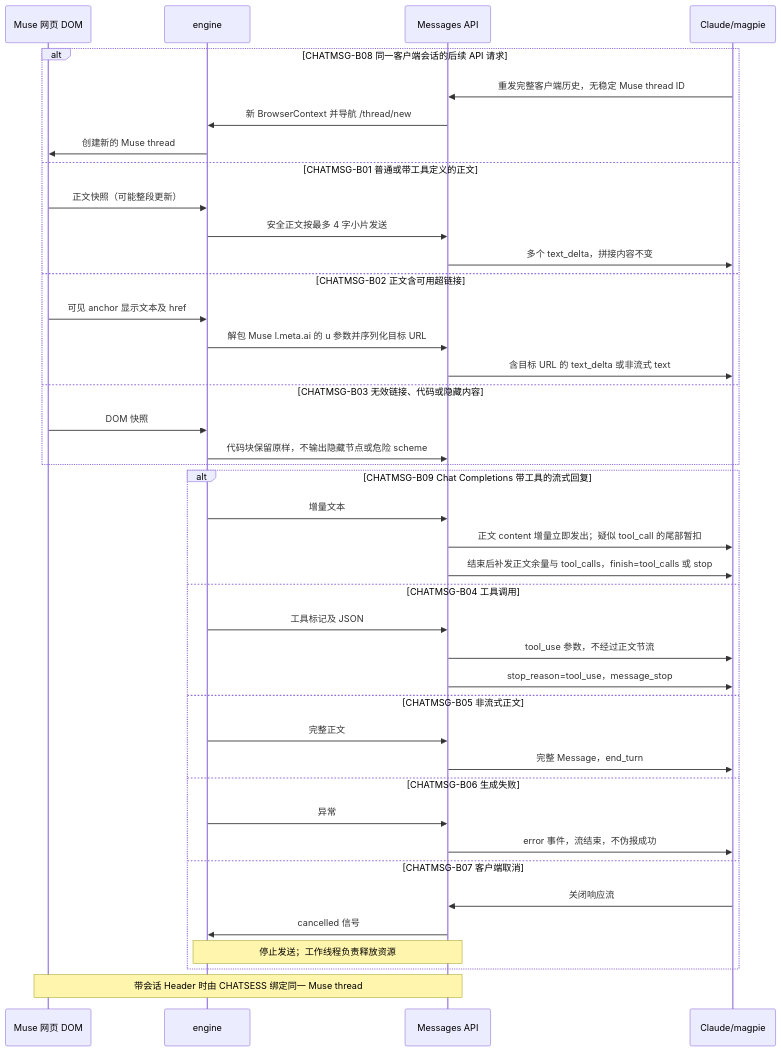
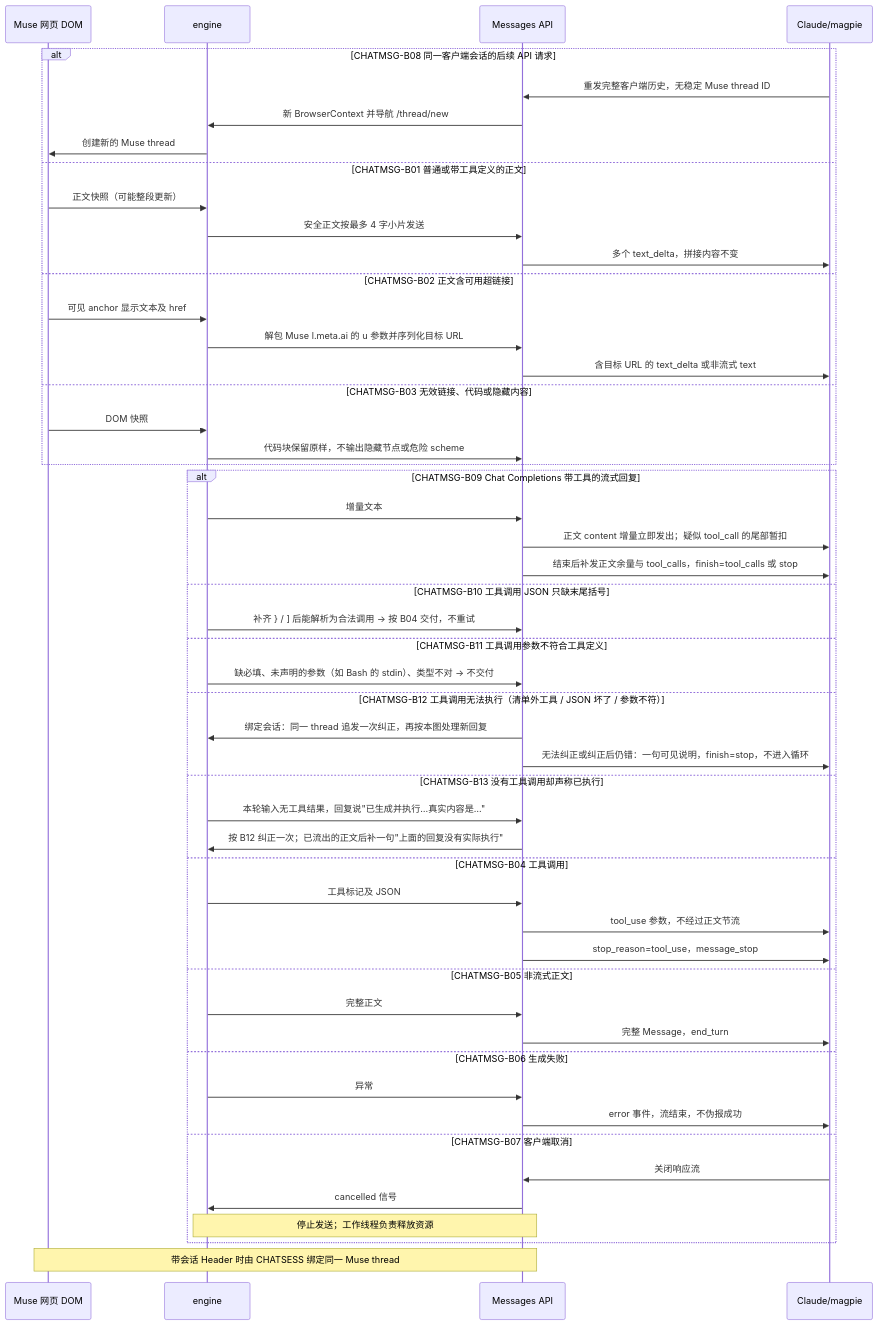
Before and after one commit to joslynSmall/muse2api: the diagram in docs/flows/chat-api/chatmsg.md, drawn with Mermaid. The commit also changed other lines of this file and 5 other files, not shown here.

First line of the commit message:
fix(tools): 工具调用补齐、参数校验、编造执行检测，无法执行时同一 thread 纠正一次

````diff
--- a/docs/flows/chat-api/chatmsg.md
+++ b/docs/flows/chat-api/chatmsg.md
@@ -23,43 +23,53 @@
 ```mermaid
 sequenceDiagram
     participant W as Muse 网页 DOM
     participant E as engine
     participant A as Messages API
     participant C as Claude/magpie
     alt CHATMSG-B08 同一客户端会话的后续 API 请求
         C->>A: 重发完整客户端历史，无稳定 Muse thread ID
         A->>E: 新 BrowserContext 并导航 /thread/new
         E->>W: 创建新的 Muse thread
     else CHATMSG-B01 普通或带工具定义的正文
         W->>E: 正文快照（可能整段更新）
         E->>A: 安全正文按最多 4 字小片发送
         A->>C: 多个 text_delta，拼接内容不变
     else CHATMSG-B02 正文含可用超链接
         W->>E: 可见 anchor 显示文本及 href
         E->>A: 解包 Muse l.meta.ai 的 u 参数并序列化目标 URL
         A->>C: 含目标 URL 的 text_delta 或非流式 text
     else CHATMSG-B03 无效链接、代码或隐藏内容
         W->>E: DOM 快照
         E->>A: 代码块保留原样，不输出隐藏节点或危险 scheme
     end
     alt CHATMSG-B09 Chat Completions 带工具的流式回复
         E->>A: 增量文本
         A->>C: 正文 content 增量立即发出；疑似 tool_call 的尾部暂扣
         A->>C: 结束后补发正文余量与 tool_calls，finish=tool_calls 或 stop
+    else CHATMSG-B10 工具调用 JSON 只缺末尾括号
+        E->>A: 补齐 } / ] 后能解析为合法调用 → 按 B04 交付，不重试
+    else CHATMSG-B11 工具调用参数不符合工具定义
+        E->>A: 缺必填、未声明的参数（如 Bash 的 stdin）、类型不对 → 不交付
+    else CHATMSG-B12 工具调用无法执行（清单外工具 / JSON 坏了 / 参数不符）
+        A->>E: 绑定会话：同一 thread 追发一次纠正，再按本图处理新回复
+        A->>C: 无法纠正或纠正后仍错：一句可见说明，finish=stop，不进入循环
+    else CHATMSG-B13 没有工具调用却声称已执行
+        E->>A: 本轮输入无工具结果，回复说"已生成并执行…真实内容是…"
+        A->>E: 按 B12 纠正一次；已流出的正文后补一句"上面的回复没有实际执行"
     else CHATMSG-B04 工具调用
         E->>A: 工具标记及 JSON
         A->>C: tool_use 参数，不经过正文节流
         A->>C: stop_reason=tool_use，message_stop
     else CHATMSG-B05 非流式正文
         E->>A: 完整正文
         A->>C: 完整 Message，end_turn
     else CHATMSG-B06 生成失败
         E->>A: 异常
         A->>C: error 事件，流结束，不伪报成功
     else CHATMSG-B07 客户端取消
         C->>A: 关闭响应流
         A->>E: cancelled 信号
         Note over A,E: 停止发送；工作线程负责释放资源
     end
     Note over A,W: 带会话 Header 时由 CHATSESS 绑定同一 Muse thread
 ```
````
